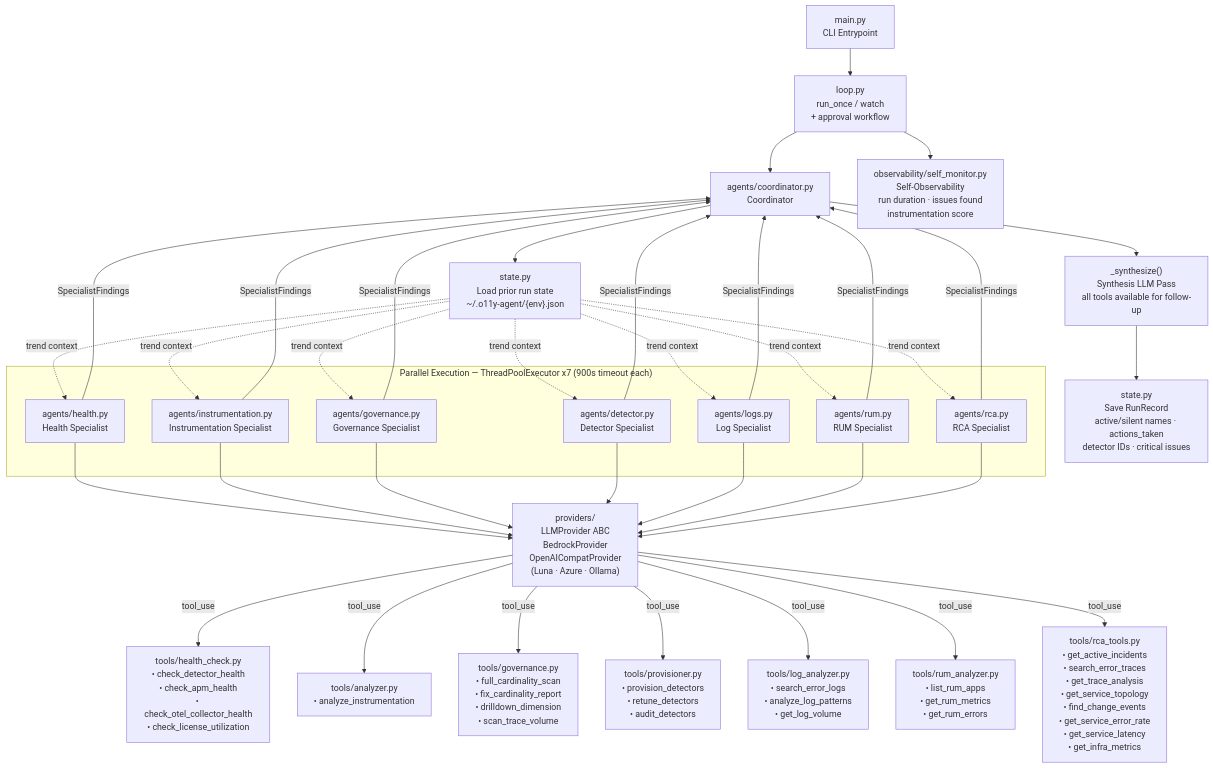
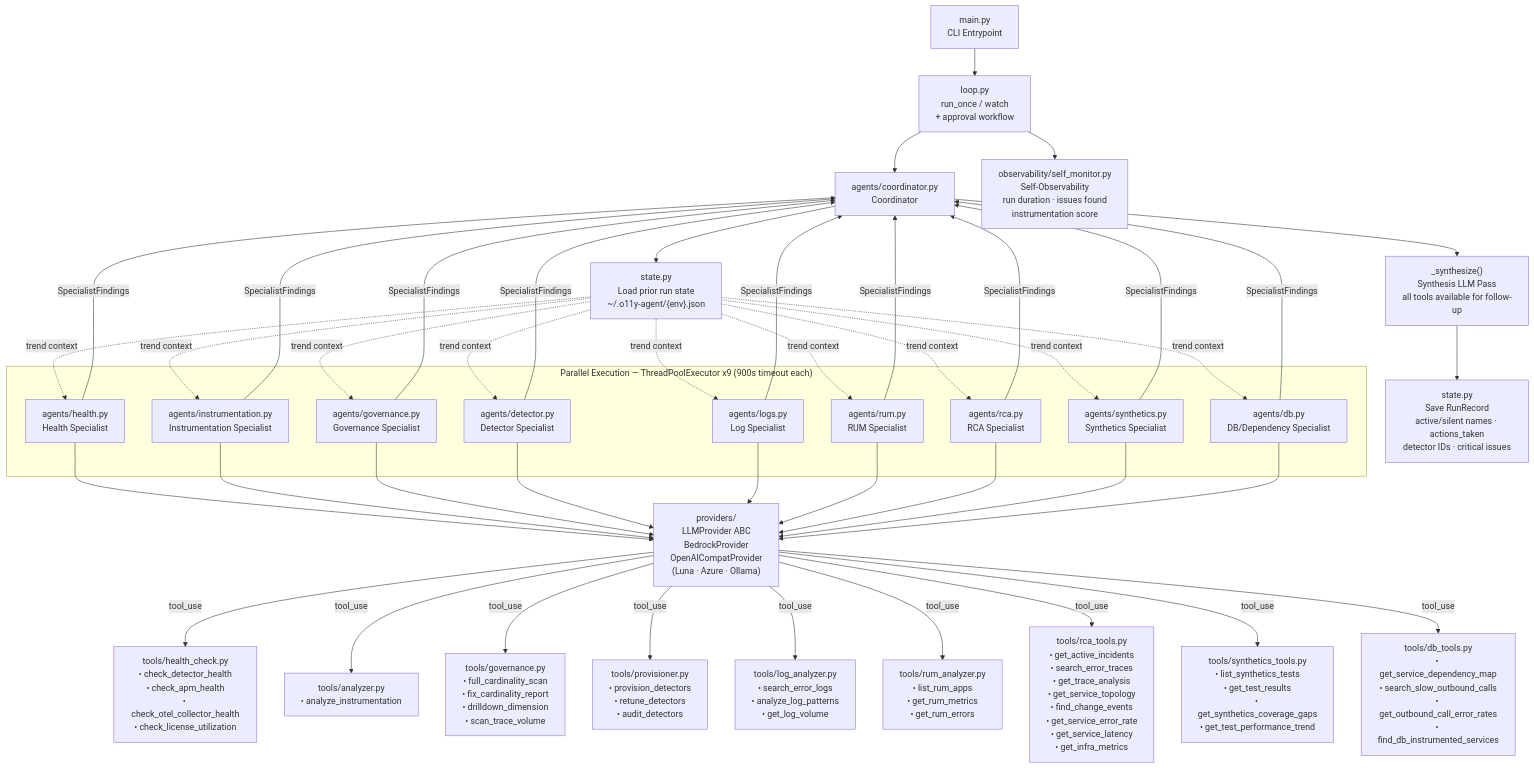
The first of 2 diagrams in README.md (mqbui1/autonomous-o11y-agent), drawn with Mermaid before and after one commit. The commit also changed other lines of this file, not shown here.

First line of the commit message:
docs: update README for Synthetics and DB/Dependency specialists (9 total)

```diff
--- a/README.md
+++ b/README.md
@@ -35,6 +35,8 @@
     LOGS["agents/logs.py\nLog Specialist"]
     RUM["agents/rum.py\nRUM Specialist"]
     RCA["agents/rca.py\nRCA Specialist"]
+    SYN["agents/synthetics.py\nSynthetics Specialist"]
+    DB["agents/db.py\nDB/Dependency Specialist"]
 
     SYNTH["_synthesize()\nSynthesis LLM Pass\nall tools available for follow-up"]
 
@@ -45,6 +47,8 @@
     T_LOGS["tools/log_analyzer.py\n• search_error_logs\n• analyze_log_patterns\n• get_log_volume"]
     T_RUM["tools/rum_analyzer.py\n• list_rum_apps\n• get_rum_metrics\n• get_rum_errors"]
     T_RCA["tools/rca_tools.py\n• get_active_incidents\n• search_error_traces\n• get_trace_analysis\n• get_service_topology\n• find_change_events\n• get_service_error_rate\n• get_service_latency\n• get_infra_metrics"]
+    T_SYN["tools/synthetics_tools.py\n• list_synthetics_tests\n• get_test_results\n• get_synthetics_coverage_gaps\n• get_test_performance_trend"]
+    T_DB["tools/db_tools.py\n• get_service_dependency_map\n• search_slow_outbound_calls\n• get_outbound_call_error_rates\n• find_db_instrumented_services"]
 
     PROV["providers/\nLLMProvider ABC\nBedrockProvider\nOpenAICompatProvider\n(Luna · Azure · Ollama)"]
 
@@ -57,8 +61,10 @@
     STATE_IN -.->|trend context| LOGS
     STATE_IN -.->|trend context| RUM
     STATE_IN -.->|trend context| RCA
+    STATE_IN -.->|trend context| SYN
+    STATE_IN -.->|trend context| DB
 
-    subgraph parallel ["Parallel Execution — ThreadPoolExecutor x7 (900s timeout each)"]
+    subgraph parallel ["Parallel Execution — ThreadPoolExecutor x9 (900s timeout each)"]
         HEALTH
         INSTR
         GOV
@@ -66,6 +72,8 @@
         LOGS
         RUM
         RCA
+        SYN
+        DB
     end
 
     HEALTH --> PROV
@@ -75,6 +83,8 @@
     LOGS --> PROV
     RUM --> PROV
     RCA --> PROV
+    SYN --> PROV
+    DB --> PROV
 
     PROV -->|tool_use| T_HEALTH
     PROV -->|tool_use| T_INSTR
@@ -83,6 +93,8 @@
     PROV -->|tool_use| T_LOGS
     PROV -->|tool_use| T_RUM
     PROV -->|tool_use| T_RCA
+    PROV -->|tool_use| T_SYN
+    PROV -->|tool_use| T_DB
 
     HEALTH -->|SpecialistFindings| COORD
     INSTR -->|SpecialistFindings| COORD
@@ -91,6 +103,8 @@
     LOGS -->|SpecialistFindings| COORD
     RUM -->|SpecialistFindings| COORD
     RCA -->|SpecialistFindings| COORD
+    SYN -->|SpecialistFindings| COORD
+    DB -->|SpecialistFindings| COORD
 
     COORD --> SYNTH --> STATE_OUT
     LOOP --> MON
```
